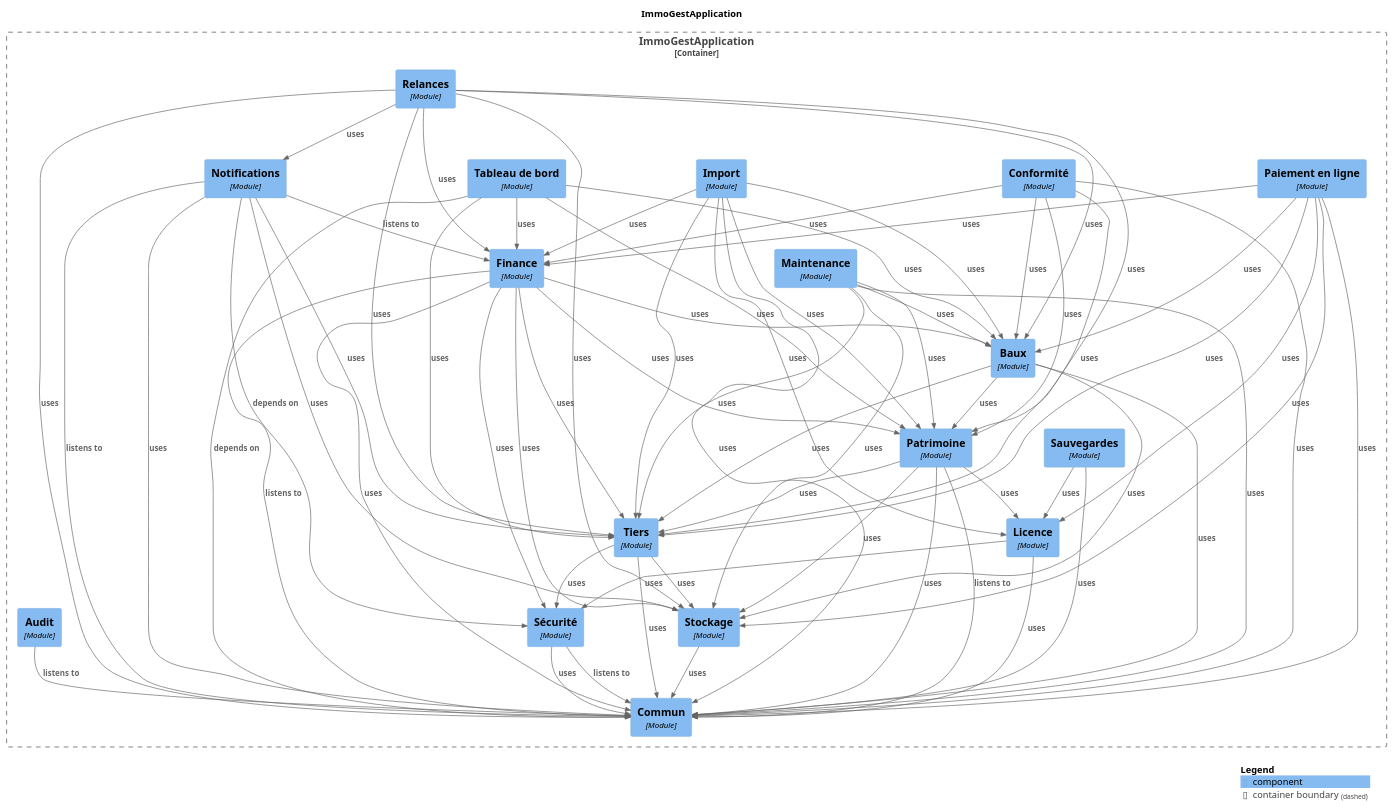
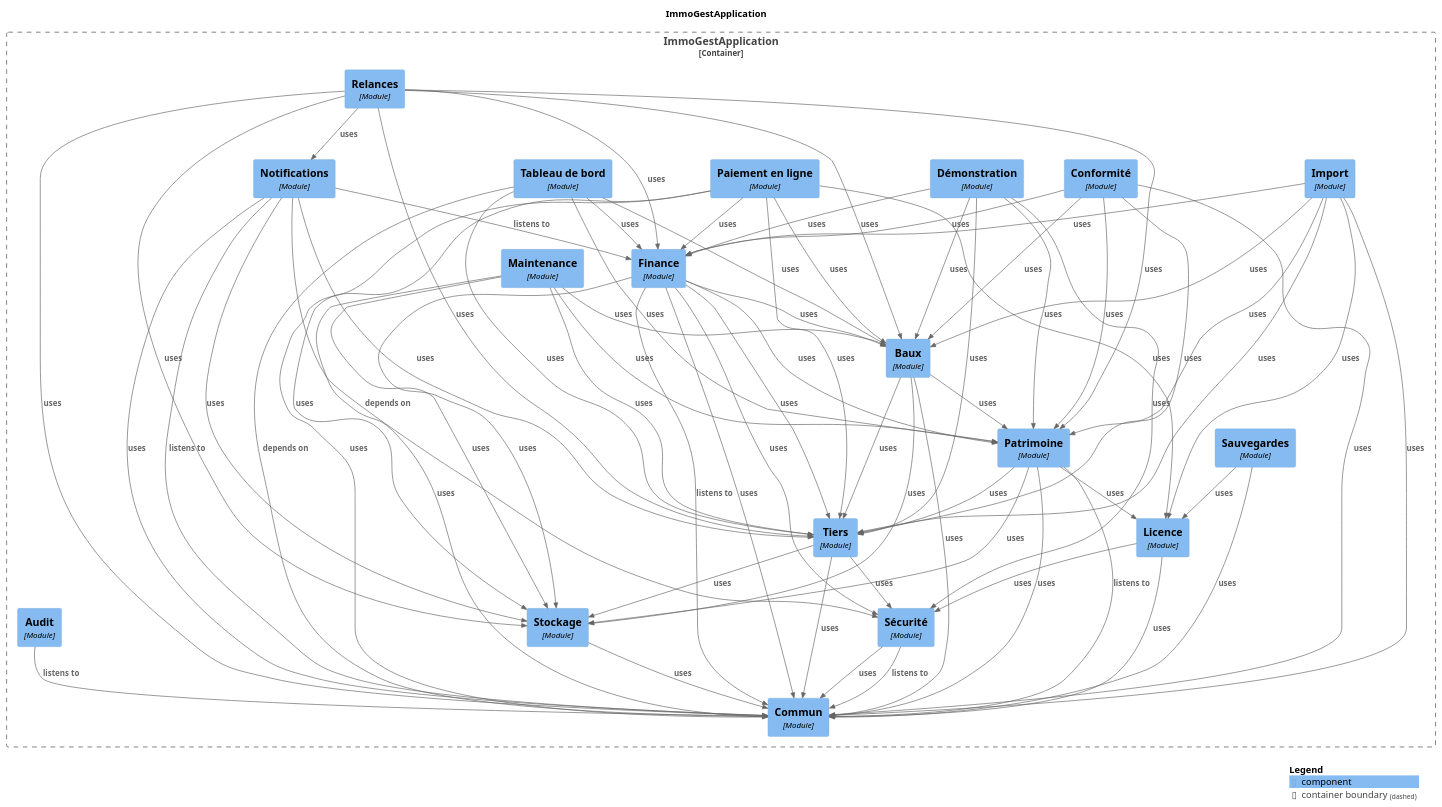
The diagram in docs/modules/components.puml (fixedevelloper/csimmo), drawn with PlantUML before and after one commit. The commit also changed 18 other files, not shown here.

```diff
--- a/docs/modules/components.puml
+++ b/docs/modules/components.puml
@@ -14,6 +14,7 @@
   Component(ImmoGestApplication.ImmoGestApplication.Finance, "Finance", $techn="Module", $descr="", $tags="", $link="")
   Component(ImmoGestApplication.ImmoGestApplication.Maintenance, "Maintenance", $techn="Module", $descr="", $tags="", $link="")
   Component(ImmoGestApplication.ImmoGestApplication.Conformité, "Conformité", $techn="Module", $descr="", $tags="", $link="")
+  Component(ImmoGestApplication.ImmoGestApplication.Démonstration, "Démonstration", $techn="Module", $descr="", $tags="", $link="")
   Component(ImmoGestApplication.ImmoGestApplication.Import, "Import", $techn="Module", $descr="", $tags="", $link="")
   Component(ImmoGestApplication.ImmoGestApplication.Notifications, "Notifications", $techn="Module", $descr="", $tags="", $link="")
   Component(ImmoGestApplication.ImmoGestApplication.Paiementenligne, "Paiement en ligne", $techn="Module", $descr="", $tags="", $link="")
@@ -28,42 +29,70 @@
   Component(ImmoGestApplication.ImmoGestApplication.Patrimoine, "Patrimoine", $techn="Module", $descr="", $tags="", $link="")
 }
 
+Rel(ImmoGestApplication.ImmoGestApplication.Finance, ImmoGestApplication.ImmoGestApplication.Commun, "listens to", $techn="", $tags="", $link="")
+Rel(ImmoGestApplication.ImmoGestApplication.Finance, ImmoGestApplication.ImmoGestApplication.Patrimoine, "uses", $techn="", $tags="", $link="")
+Rel(ImmoGestApplication.ImmoGestApplication.Finance, ImmoGestApplication.ImmoGestApplication.Commun, "uses", $techn="", $tags="", $link="")
+Rel(ImmoGestApplication.ImmoGestApplication.Finance, ImmoGestApplication.ImmoGestApplication.Baux, "uses", $techn="", $tags="", $link="")
+Rel(ImmoGestApplication.ImmoGestApplication.Finance, ImmoGestApplication.ImmoGestApplication.Tiers, "uses", $techn="", $tags="", $link="")
+Rel(ImmoGestApplication.ImmoGestApplication.Finance, ImmoGestApplication.ImmoGestApplication.Stockage, "uses", $techn="", $tags="", $link="")
+Rel(ImmoGestApplication.ImmoGestApplication.Finance, ImmoGestApplication.ImmoGestApplication.Sécurité, "uses", $techn="", $tags="", $link="")
 Rel(ImmoGestApplication.ImmoGestApplication.Baux, ImmoGestApplication.ImmoGestApplication.Patrimoine, "uses", $techn="", $tags="", $link="")
 Rel(ImmoGestApplication.ImmoGestApplication.Baux, ImmoGestApplication.ImmoGestApplication.Tiers, "uses", $techn="", $tags="", $link="")
 Rel(ImmoGestApplication.ImmoGestApplication.Baux, ImmoGestApplication.ImmoGestApplication.Stockage, "uses", $techn="", $tags="", $link="")
 Rel(ImmoGestApplication.ImmoGestApplication.Baux, ImmoGestApplication.ImmoGestApplication.Commun, "uses", $techn="", $tags="", $link="")
+Rel(ImmoGestApplication.ImmoGestApplication.Sauvegardes, ImmoGestApplication.ImmoGestApplication.Licence, "uses", $techn="", $tags="", $link="")
+Rel(ImmoGestApplication.ImmoGestApplication.Sauvegardes, ImmoGestApplication.ImmoGestApplication.Commun, "uses", $techn="", $tags="", $link="")
 Rel(ImmoGestApplication.ImmoGestApplication.Patrimoine, ImmoGestApplication.ImmoGestApplication.Commun, "listens to", $techn="", $tags="", $link="")
 Rel(ImmoGestApplication.ImmoGestApplication.Patrimoine, ImmoGestApplication.ImmoGestApplication.Licence, "uses", $techn="", $tags="", $link="")
 Rel(ImmoGestApplication.ImmoGestApplication.Patrimoine, ImmoGestApplication.ImmoGestApplication.Stockage, "uses", $techn="", $tags="", $link="")
 Rel(ImmoGestApplication.ImmoGestApplication.Patrimoine, ImmoGestApplication.ImmoGestApplication.Commun, "uses", $techn="", $tags="", $link="")
 Rel(ImmoGestApplication.ImmoGestApplication.Patrimoine, ImmoGestApplication.ImmoGestApplication.Tiers, "uses", $techn="", $tags="", $link="")
-Rel(ImmoGestApplication.ImmoGestApplication.Sauvegardes, ImmoGestApplication.ImmoGestApplication.Licence, "uses", $techn="", $tags="", $link="")
-Rel(ImmoGestApplication.ImmoGestApplication.Sauvegardes, ImmoGestApplication.ImmoGestApplication.Commun, "uses", $techn="", $tags="", $link="")
+Rel(ImmoGestApplication.ImmoGestApplication.Tableaudebord, ImmoGestApplication.ImmoGestApplication.Commun, "depends on", $techn="", $tags="", $link="")
+Rel(ImmoGestApplication.ImmoGestApplication.Tableaudebord, ImmoGestApplication.ImmoGestApplication.Patrimoine, "uses", $techn="", $tags="", $link="")
+Rel(ImmoGestApplication.ImmoGestApplication.Tableaudebord, ImmoGestApplication.ImmoGestApplication.Baux, "uses", $techn="", $tags="", $link="")
+Rel(ImmoGestApplication.ImmoGestApplication.Tableaudebord, ImmoGestApplication.ImmoGestApplication.Tiers, "uses", $techn="", $tags="", $link="")
+Rel(ImmoGestApplication.ImmoGestApplication.Tableaudebord, ImmoGestApplication.ImmoGestApplication.Finance, "uses", $techn="", $tags="", $link="")
+Rel(ImmoGestApplication.ImmoGestApplication.Licence, ImmoGestApplication.ImmoGestApplication.Sécurité, "uses", $techn="", $tags="", $link="")
+Rel(ImmoGestApplication.ImmoGestApplication.Licence, ImmoGestApplication.ImmoGestApplication.Commun, "uses", $techn="", $tags="", $link="")
+Rel(ImmoGestApplication.ImmoGestApplication.Paiementenligne, ImmoGestApplication.ImmoGestApplication.Finance, "uses", $techn="", $tags="", $link="")
+Rel(ImmoGestApplication.ImmoGestApplication.Paiementenligne, ImmoGestApplication.ImmoGestApplication.Baux, "uses", $techn="", $tags="", $link="")
+Rel(ImmoGestApplication.ImmoGestApplication.Paiementenligne, ImmoGestApplication.ImmoGestApplication.Tiers, "uses", $techn="", $tags="", $link="")
+Rel(ImmoGestApplication.ImmoGestApplication.Paiementenligne, ImmoGestApplication.ImmoGestApplication.Licence, "uses", $techn="", $tags="", $link="")
+Rel(ImmoGestApplication.ImmoGestApplication.Paiementenligne, ImmoGestApplication.ImmoGestApplication.Stockage, "uses", $techn="", $tags="", $link="")
+Rel(ImmoGestApplication.ImmoGestApplication.Paiementenligne, ImmoGestApplication.ImmoGestApplication.Commun, "uses", $techn="", $tags="", $link="")
+Rel(ImmoGestApplication.ImmoGestApplication.Sécurité, ImmoGestApplication.ImmoGestApplication.Commun, "listens to", $techn="", $tags="", $link="")
+Rel(ImmoGestApplication.ImmoGestApplication.Sécurité, ImmoGestApplication.ImmoGestApplication.Commun, "uses", $techn="", $tags="", $link="")
+Rel(ImmoGestApplication.ImmoGestApplication.Conformité, ImmoGestApplication.ImmoGestApplication.Tiers, "uses", $techn="", $tags="", $link="")
+Rel(ImmoGestApplication.ImmoGestApplication.Conformité, ImmoGestApplication.ImmoGestApplication.Baux, "uses", $techn="", $tags="", $link="")
+Rel(ImmoGestApplication.ImmoGestApplication.Conformité, ImmoGestApplication.ImmoGestApplication.Finance, "uses", $techn="", $tags="", $link="")
+Rel(ImmoGestApplication.ImmoGestApplication.Conformité, ImmoGestApplication.ImmoGestApplication.Patrimoine, "uses", $techn="", $tags="", $link="")
+Rel(ImmoGestApplication.ImmoGestApplication.Conformité, ImmoGestApplication.ImmoGestApplication.Commun, "uses", $techn="", $tags="", $link="")
+Rel(ImmoGestApplication.ImmoGestApplication.Import, ImmoGestApplication.ImmoGestApplication.Patrimoine, "uses", $techn="", $tags="", $link="")
+Rel(ImmoGestApplication.ImmoGestApplication.Import, ImmoGestApplication.ImmoGestApplication.Tiers, "uses", $techn="", $tags="", $link="")
+Rel(ImmoGestApplication.ImmoGestApplication.Import, ImmoGestApplication.ImmoGestApplication.Baux, "uses", $techn="", $tags="", $link="")
+Rel(ImmoGestApplication.ImmoGestApplication.Import, ImmoGestApplication.ImmoGestApplication.Finance, "uses", $techn="", $tags="", $link="")
+Rel(ImmoGestApplication.ImmoGestApplication.Import, ImmoGestApplication.ImmoGestApplication.Licence, "uses", $techn="", $tags="", $link="")
+Rel(ImmoGestApplication.ImmoGestApplication.Import, ImmoGestApplication.ImmoGestApplication.Commun, "uses", $techn="", $tags="", $link="")
+Rel(ImmoGestApplication.ImmoGestApplication.Relances, ImmoGestApplication.ImmoGestApplication.Finance, "uses", $techn="", $tags="", $link="")
+Rel(ImmoGestApplication.ImmoGestApplication.Relances, ImmoGestApplication.ImmoGestApplication.Baux, "uses", $techn="", $tags="", $link="")
+Rel(ImmoGestApplication.ImmoGestApplication.Relances, ImmoGestApplication.ImmoGestApplication.Patrimoine, "uses", $techn="", $tags="", $link="")
+Rel(ImmoGestApplication.ImmoGestApplication.Relances, ImmoGestApplication.ImmoGestApplication.Tiers, "uses", $techn="", $tags="", $link="")
+Rel(ImmoGestApplication.ImmoGestApplication.Relances, ImmoGestApplication.ImmoGestApplication.Notifications, "uses", $techn="", $tags="", $link="")
+Rel(ImmoGestApplication.ImmoGestApplication.Relances, ImmoGestApplication.ImmoGestApplication.Stockage, "uses", $techn="", $tags="", $link="")
+Rel(ImmoGestApplication.ImmoGestApplication.Relances, ImmoGestApplication.ImmoGestApplication.Commun, "uses", $techn="", $tags="", $link="")
+Rel(ImmoGestApplication.ImmoGestApplication.Stockage, ImmoGestApplication.ImmoGestApplication.Commun, "uses", $techn="", $tags="", $link="")
+Rel(ImmoGestApplication.ImmoGestApplication.Démonstration, ImmoGestApplication.ImmoGestApplication.Patrimoine, "uses", $techn="", $tags="", $link="")
+Rel(ImmoGestApplication.ImmoGestApplication.Démonstration, ImmoGestApplication.ImmoGestApplication.Tiers, "uses", $techn="", $tags="", $link="")
+Rel(ImmoGestApplication.ImmoGestApplication.Démonstration, ImmoGestApplication.ImmoGestApplication.Baux, "uses", $techn="", $tags="", $link="")
+Rel(ImmoGestApplication.ImmoGestApplication.Démonstration, ImmoGestApplication.ImmoGestApplication.Finance, "uses", $techn="", $tags="", $link="")
+Rel(ImmoGestApplication.ImmoGestApplication.Démonstration, ImmoGestApplication.ImmoGestApplication.Sécurité, "uses", $techn="", $tags="", $link="")
+Rel(ImmoGestApplication.ImmoGestApplication.Audit, ImmoGestApplication.ImmoGestApplication.Commun, "listens to", $techn="", $tags="", $link="")
 Rel(ImmoGestApplication.ImmoGestApplication.Notifications, ImmoGestApplication.ImmoGestApplication.Commun, "listens to", $techn="", $tags="", $link="")
 Rel(ImmoGestApplication.ImmoGestApplication.Notifications, ImmoGestApplication.ImmoGestApplication.Finance, "listens to", $techn="", $tags="", $link="")
 Rel(ImmoGestApplication.ImmoGestApplication.Notifications, ImmoGestApplication.ImmoGestApplication.Sécurité, "depends on", $techn="", $tags="", $link="")
 Rel(ImmoGestApplication.ImmoGestApplication.Notifications, ImmoGestApplication.ImmoGestApplication.Stockage, "uses", $techn="", $tags="", $link="")
 Rel(ImmoGestApplication.ImmoGestApplication.Notifications, ImmoGestApplication.ImmoGestApplication.Tiers, "uses", $techn="", $tags="", $link="")
 Rel(ImmoGestApplication.ImmoGestApplication.Notifications, ImmoGestApplication.ImmoGestApplication.Commun, "uses", $techn="", $tags="", $link="")
-Rel(ImmoGestApplication.ImmoGestApplication.Paiementenligne, ImmoGestApplication.ImmoGestApplication.Finance, "uses", $techn="", $tags="", $link="")
-Rel(ImmoGestApplication.ImmoGestApplication.Paiementenligne, ImmoGestApplication.ImmoGestApplication.Baux, "uses", $techn="", $tags="", $link="")
-Rel(ImmoGestApplication.ImmoGestApplication.Paiementenligne, ImmoGestApplication.ImmoGestApplication.Tiers, "uses", $techn="", $tags="", $link="")
-Rel(ImmoGestApplication.ImmoGestApplication.Paiementenligne, ImmoGestApplication.ImmoGestApplication.Licence, "uses", $techn="", $tags="", $link="")
-Rel(ImmoGestApplication.ImmoGestApplication.Paiementenligne, ImmoGestApplication.ImmoGestApplication.Stockage, "uses", $techn="", $tags="", $link="")
-Rel(ImmoGestApplication.ImmoGestApplication.Paiementenligne, ImmoGestApplication.ImmoGestApplication.Commun, "uses", $techn="", $tags="", $link="")
-Rel(ImmoGestApplication.ImmoGestApplication.Tableaudebord, ImmoGestApplication.ImmoGestApplication.Commun, "depends on", $techn="", $tags="", $link="")
-Rel(ImmoGestApplication.ImmoGestApplication.Tableaudebord, ImmoGestApplication.ImmoGestApplication.Patrimoine, "uses", $techn="", $tags="", $link="")
-Rel(ImmoGestApplication.ImmoGestApplication.Tableaudebord, ImmoGestApplication.ImmoGestApplication.Baux, "uses", $techn="", $tags="", $link="")
-Rel(ImmoGestApplication.ImmoGestApplication.Tableaudebord, ImmoGestApplication.ImmoGestApplication.Tiers, "uses", $techn="", $tags="", $link="")
-Rel(ImmoGestApplication.ImmoGestApplication.Tableaudebord, ImmoGestApplication.ImmoGestApplication.Finance, "uses", $techn="", $tags="", $link="")
-Rel(ImmoGestApplication.ImmoGestApplication.Import, ImmoGestApplication.ImmoGestApplication.Patrimoine, "uses", $techn="", $tags="", $link="")
-Rel(ImmoGestApplication.ImmoGestApplication.Import, ImmoGestApplication.ImmoGestApplication.Tiers, "uses", $techn="", $tags="", $link="")
-Rel(ImmoGestApplication.ImmoGestApplication.Import, ImmoGestApplication.ImmoGestApplication.Baux, "uses", $techn="", $tags="", $link="")
-Rel(ImmoGestApplication.ImmoGestApplication.Import, ImmoGestApplication.ImmoGestApplication.Finance, "uses", $techn="", $tags="", $link="")
-Rel(ImmoGestApplication.ImmoGestApplication.Import, ImmoGestApplication.ImmoGestApplication.Licence, "uses", $techn="", $tags="", $link="")
-Rel(ImmoGestApplication.ImmoGestApplication.Import, ImmoGestApplication.ImmoGestApplication.Commun, "uses", $techn="", $tags="", $link="")
-Rel(ImmoGestApplication.ImmoGestApplication.Licence, ImmoGestApplication.ImmoGestApplication.Sécurité, "uses", $techn="", $tags="", $link="")
-Rel(ImmoGestApplication.ImmoGestApplication.Licence, ImmoGestApplication.ImmoGestApplication.Commun, "uses", $techn="", $tags="", $link="")
 Rel(ImmoGestApplication.ImmoGestApplication.Tiers, ImmoGestApplication.ImmoGestApplication.Stockage, "uses", $techn="", $tags="", $link="")
 Rel(ImmoGestApplication.ImmoGestApplication.Tiers, ImmoGestApplication.ImmoGestApplication.Commun, "uses", $techn="", $tags="", $link="")
 Rel(ImmoGestApplication.ImmoGestApplication.Tiers, ImmoGestApplication.ImmoGestApplication.Sécurité, "uses", $techn="", $tags="", $link="")
@@ -72,29 +101,6 @@
 Rel(ImmoGestApplication.ImmoGestApplication.Maintenance, ImmoGestApplication.ImmoGestApplication.Tiers, "uses", $techn="", $tags="", $link="")
 Rel(ImmoGestApplication.ImmoGestApplication.Maintenance, ImmoGestApplication.ImmoGestApplication.Stockage, "uses", $techn="", $tags="", $link="")
 Rel(ImmoGestApplication.ImmoGestApplication.Maintenance, ImmoGestApplication.ImmoGestApplication.Commun, "uses", $techn="", $tags="", $link="")
-Rel(ImmoGestApplication.ImmoGestApplication.Stockage, ImmoGestApplication.ImmoGestApplication.Commun, "uses", $techn="", $tags="", $link="")
-Rel(ImmoGestApplication.ImmoGestApplication.Finance, ImmoGestApplication.ImmoGestApplication.Commun, "listens to", $techn="", $tags="", $link="")
-Rel(ImmoGestApplication.ImmoGestApplication.Finance, ImmoGestApplication.ImmoGestApplication.Patrimoine, "uses", $techn="", $tags="", $link="")
-Rel(ImmoGestApplication.ImmoGestApplication.Finance, ImmoGestApplication.ImmoGestApplication.Commun, "uses", $techn="", $tags="", $link="")
-Rel(ImmoGestApplication.ImmoGestApplication.Finance, ImmoGestApplication.ImmoGestApplication.Baux, "uses", $techn="", $tags="", $link="")
-Rel(ImmoGestApplication.ImmoGestApplication.Finance, ImmoGestApplication.ImmoGestApplication.Tiers, "uses", $techn="", $tags="", $link="")
-Rel(ImmoGestApplication.ImmoGestApplication.Finance, ImmoGestApplication.ImmoGestApplication.Stockage, "uses", $techn="", $tags="", $link="")
-Rel(ImmoGestApplication.ImmoGestApplication.Finance, ImmoGestApplication.ImmoGestApplication.Sécurité, "uses", $techn="", $tags="", $link="")
-Rel(ImmoGestApplication.ImmoGestApplication.Audit, ImmoGestApplication.ImmoGestApplication.Commun, "listens to", $techn="", $tags="", $link="")
-Rel(ImmoGestApplication.ImmoGestApplication.Relances, ImmoGestApplication.ImmoGestApplication.Finance, "uses", $techn="", $tags="", $link="")
-Rel(ImmoGestApplication.ImmoGestApplication.Relances, ImmoGestApplication.ImmoGestApplication.Baux, "uses", $techn="", $tags="", $link="")
-Rel(ImmoGestApplication.ImmoGestApplication.Relances, ImmoGestApplication.ImmoGestApplication.Patrimoine, "uses", $techn="", $tags="", $link="")
-Rel(ImmoGestApplication.ImmoGestApplication.Relances, ImmoGestApplication.ImmoGestApplication.Tiers, "uses", $techn="", $tags="", $link="")
-Rel(ImmoGestApplication.ImmoGestApplication.Relances, ImmoGestApplication.ImmoGestApplication.Notifications, "uses", $techn="", $tags="", $link="")
-Rel(ImmoGestApplication.ImmoGestApplication.Relances, ImmoGestApplication.ImmoGestApplication.Stockage, "uses", $techn="", $tags="", $link="")
-Rel(ImmoGestApplication.ImmoGestApplication.Relances, ImmoGestApplication.ImmoGestApplication.Commun, "uses", $techn="", $tags="", $link="")
-Rel(ImmoGestApplication.ImmoGestApplication.Sécurité, ImmoGestApplication.ImmoGestApplication.Commun, "listens to", $techn="", $tags="", $link="")
-Rel(ImmoGestApplication.ImmoGestApplication.Sécurité, ImmoGestApplication.ImmoGestApplication.Commun, "uses", $techn="", $tags="", $link="")
-Rel(ImmoGestApplication.ImmoGestApplication.Conformité, ImmoGestApplication.ImmoGestApplication.Tiers, "uses", $techn="", $tags="", $link="")
-Rel(ImmoGestApplication.ImmoGestApplication.Conformité, ImmoGestApplication.ImmoGestApplication.Baux, "uses", $techn="", $tags="", $link="")
-Rel(ImmoGestApplication.ImmoGestApplication.Conformité, ImmoGestApplication.ImmoGestApplication.Finance, "uses", $techn="", $tags="", $link="")
-Rel(ImmoGestApplication.ImmoGestApplication.Conformité, ImmoGestApplication.ImmoGestApplication.Patrimoine, "uses", $techn="", $tags="", $link="")
-Rel(ImmoGestApplication.ImmoGestApplication.Conformité, ImmoGestApplication.ImmoGestApplication.Commun, "uses", $techn="", $tags="", $link="")
 
 SHOW_LEGEND(true)
 @enduml
```
